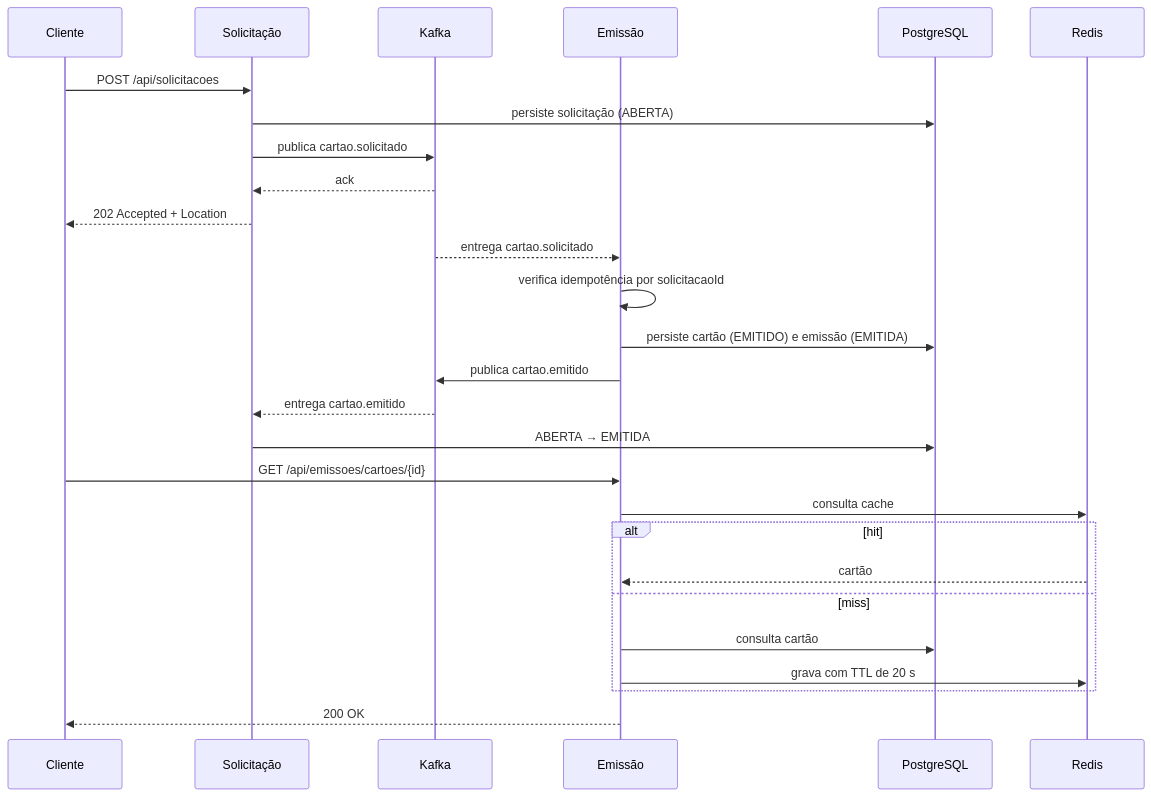
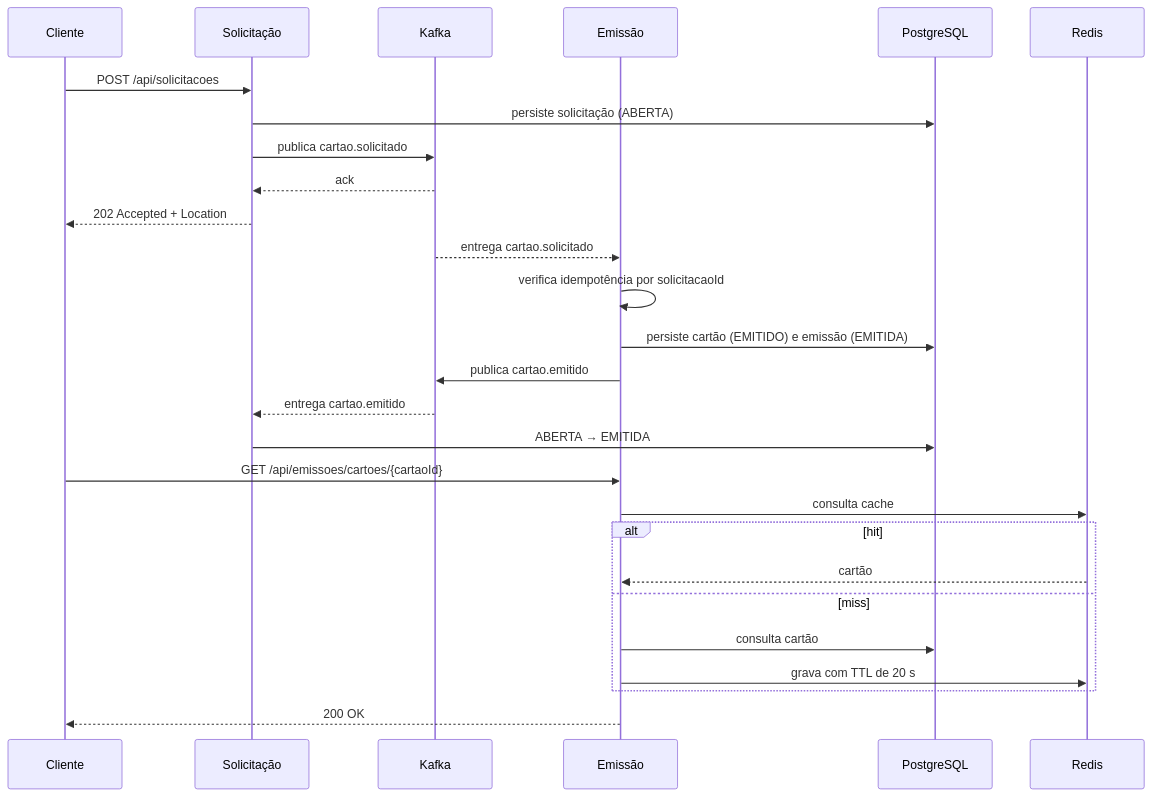
Before and after one commit to projeto-caixa-ada/gerador-cartao: the diagram in docs/arquitetura.md, drawn with Mermaid. The commit also changed other lines of this file and 1 other file, not shown here.

Commit message:
docs: Update project documentation to reflect current implementation and clarify event flow for card issuance

````diff
--- a/docs/arquitetura.md
+++ b/docs/arquitetura.md
@@ -87,33 +87,33 @@
 ```mermaid
 sequenceDiagram
     participant C as Cliente
     participant S as Solicitação
     participant K as Kafka
     participant E as Emissão
     participant DB as PostgreSQL
     participant R as Redis
 
     C->>S: POST /api/solicitacoes
     S->>DB: persiste solicitação (ABERTA)
     S->>K: publica cartao.solicitado
     K-->>S: ack
     S-->>C: 202 Accepted + Location
 
     K-->>E: entrega cartao.solicitado
     E->>E: verifica idempotência por solicitacaoId
     E->>DB: persiste cartão (EMITIDO) e emissão (EMITIDA)
     E->>K: publica cartao.emitido
 
     K-->>S: entrega cartao.emitido
     S->>DB: ABERTA → EMITIDA
 
-    C->>E: GET /api/emissoes/cartoes/{id}
+    C->>E: GET /api/emissoes/cartoes/{cartaoId}
     E->>R: consulta cache
     alt hit
         R-->>E: cartão
     else miss
         E->>DB: consulta cartão
         E->>R: grava com TTL de 20 s
     end
     E-->>C: 200 OK
 ```
````
